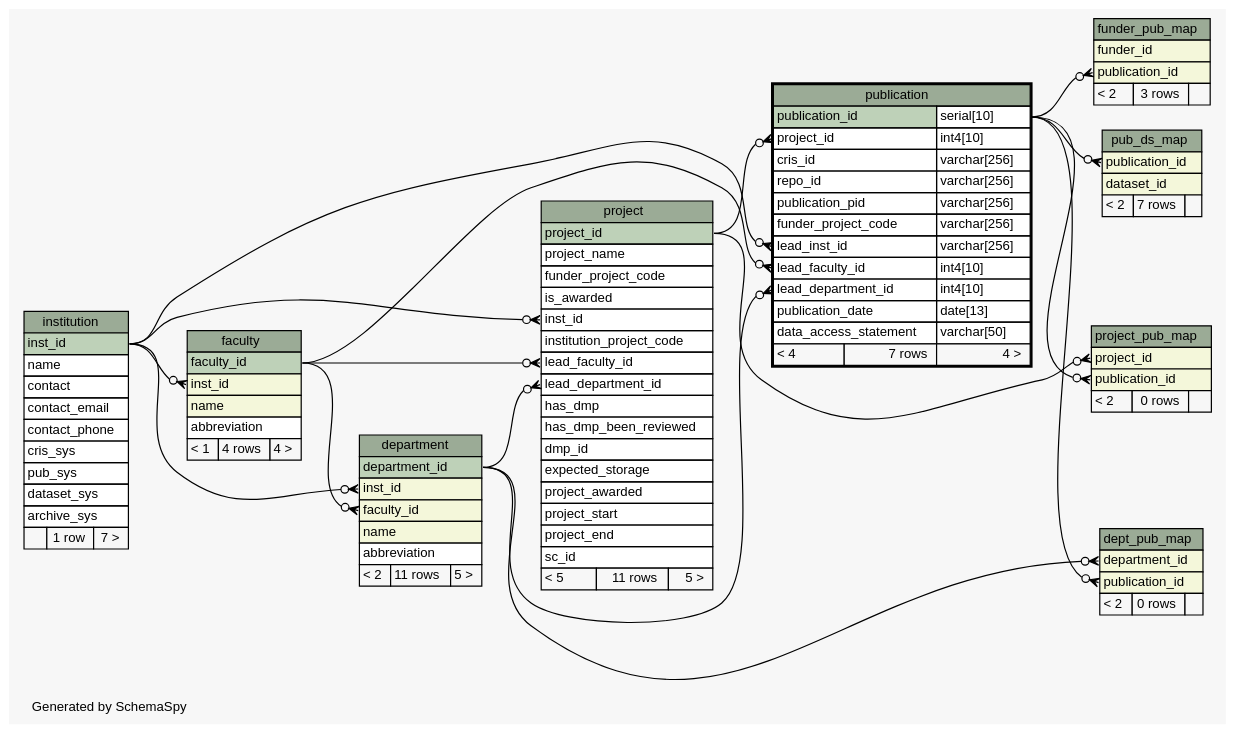
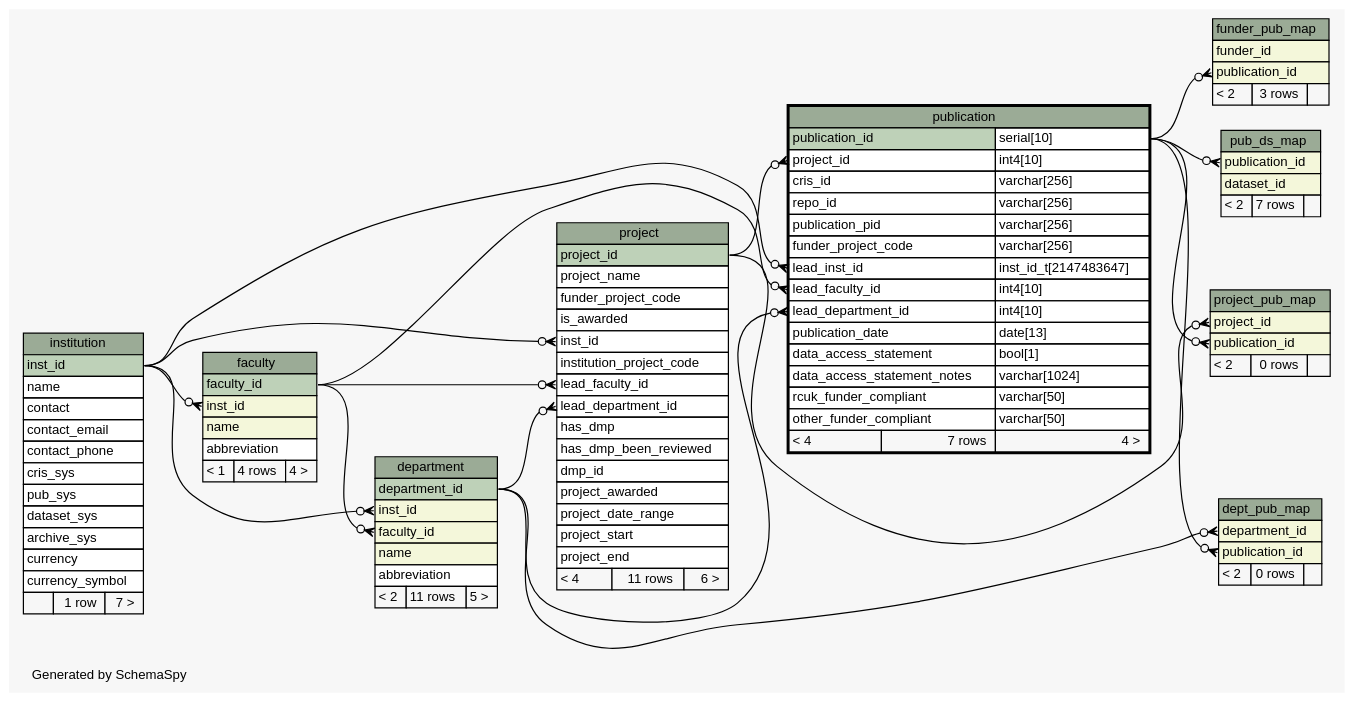
One commit to lulibrary/dmao_infrastructure changed the diagram in ss.out/diagrams/publication.1degree.dot. Above: the diagram before and after it, drawn with Graphviz. The commit also changed 121 other files, not shown here.

First line of the commit message:
dmao_infrastructure-3 Changes to support multiple storage platforms per project and costing changes over time. Now looking at the API interface to all this. Work in progress.

```diff
--- a/ss.out/diagrams/publication.1degree.dot
+++ b/ss.out/diagrams/publication.1degree.dot
@@ -1,172 +1,176 @@
-// dot 2.36.0 on Linux 3.13.0-55-generic
+// dot 2.36.0 on Linux 3.13.0-62-generic
 // SchemaSpy rev 590
 digraph "oneDegreeRelationshipsDiagram" {
   graph [
     rankdir="RL"
     bgcolor="#f7f7f7"
     label="\nGenerated by SchemaSpy"
     labeljust="l"
     nodesep="0.18"
     ranksep="0.46"
     fontname="Helvetica"
     fontsize="11"
   ];
   node [
     fontname="Helvetica"
     fontsize="11"
     shape="plaintext"
   ];
   edge [
     arrowsize="0.8"
   ];
   "department":"faculty_id":w -> "faculty":"faculty_id":e [arrowhead=none dir=back arrowtail=crowodot];
   "department":"inst_id":w -> "institution":"inst_id":e [arrowhead=none dir=back arrowtail=crowodot];
   "dept_pub_map":"department_id":w -> "department":"department_id":e [arrowhead=none dir=back arrowtail=crowodot];
   "dept_pub_map":"publication_id":w -> "publication":"publication_id.type":e [arrowhead=none dir=back arrowtail=crowodot];
   "faculty":"inst_id":w -> "institution":"inst_id":e [arrowhead=none dir=back arrowtail=crowodot];
   "funder_pub_map":"publication_id":w -> "publication":"publication_id.type":e [arrowhead=none dir=back arrowtail=crowodot];
   "project":"inst_id":w -> "institution":"inst_id":e [arrowhead=none dir=back arrowtail=crowodot];
   "project":"lead_department_id":w -> "department":"department_id":e [arrowhead=none dir=back arrowtail=crowodot];
   "project":"lead_faculty_id":w -> "faculty":"faculty_id":e [arrowhead=none dir=back arrowtail=crowodot];
   "project_pub_map":"project_id":w -> "project":"project_id":e [arrowhead=none dir=back arrowtail=crowodot];
   "project_pub_map":"publication_id":w -> "publication":"publication_id.type":e [arrowhead=none dir=back arrowtail=crowodot];
   "pub_ds_map":"publication_id":w -> "publication":"publication_id.type":e [arrowhead=none dir=back arrowtail=crowodot];
   "publication":"lead_department_id":w -> "department":"department_id":e [arrowhead=none dir=back arrowtail=crowodot];
   "publication":"lead_faculty_id":w -> "faculty":"faculty_id":e [arrowhead=none dir=back arrowtail=crowodot];
   "publication":"lead_inst_id":w -> "institution":"inst_id":e [arrowhead=none dir=back arrowtail=crowodot];
   "publication":"project_id":w -> "project":"project_id":e [arrowhead=none dir=back arrowtail=crowodot];
   "department" [
     label=<
     <TABLE BORDER="0" CELLBORDER="1" CELLSPACING="0" BGCOLOR="#ffffff">
       <TR><TD COLSPAN="3" BGCOLOR="#9bab96" ALIGN="CENTER">department</TD></TR>
       <TR><TD PORT="department_id" COLSPAN="3" BGCOLOR="#bed1b8" ALIGN="LEFT">department_id</TD></TR>
       <TR><TD PORT="inst_id" COLSPAN="3" BGCOLOR="#f4f7da" ALIGN="LEFT">inst_id</TD></TR>
       <TR><TD PORT="faculty_id" COLSPAN="3" BGCOLOR="#f4f7da" ALIGN="LEFT">faculty_id</TD></TR>
       <TR><TD PORT="name" COLSPAN="3" BGCOLOR="#f4f7da" ALIGN="LEFT">name</TD></TR>
       <TR><TD PORT="abbreviation" COLSPAN="3" ALIGN="LEFT">abbreviation</TD></TR>
       <TR><TD ALIGN="LEFT" BGCOLOR="#f7f7f7">&lt; 2</TD><TD ALIGN="RIGHT" BGCOLOR="#f7f7f7">11 rows</TD><TD ALIGN="RIGHT" BGCOLOR="#f7f7f7">5 &gt;</TD></TR>
     </TABLE>>
     URL="department.html"
     tooltip="department"
   ];
   "dept_pub_map" [
     label=<
     <TABLE BORDER="0" CELLBORDER="1" CELLSPACING="0" BGCOLOR="#ffffff">
       <TR><TD COLSPAN="3" BGCOLOR="#9bab96" ALIGN="CENTER">dept_pub_map</TD></TR>
       <TR><TD PORT="department_id" COLSPAN="3" BGCOLOR="#f4f7da" ALIGN="LEFT">department_id</TD></TR>
       <TR><TD PORT="publication_id" COLSPAN="3" BGCOLOR="#f4f7da" ALIGN="LEFT">publication_id</TD></TR>
       <TR><TD ALIGN="LEFT" BGCOLOR="#f7f7f7">&lt; 2</TD><TD ALIGN="RIGHT" BGCOLOR="#f7f7f7">0 rows</TD><TD ALIGN="RIGHT" BGCOLOR="#f7f7f7">  </TD></TR>
     </TABLE>>
     URL="dept_pub_map.html"
     tooltip="dept_pub_map"
   ];
   "faculty" [
     label=<
     <TABLE BORDER="0" CELLBORDER="1" CELLSPACING="0" BGCOLOR="#ffffff">
       <TR><TD COLSPAN="3" BGCOLOR="#9bab96" ALIGN="CENTER">faculty</TD></TR>
       <TR><TD PORT="faculty_id" COLSPAN="3" BGCOLOR="#bed1b8" ALIGN="LEFT">faculty_id</TD></TR>
       <TR><TD PORT="inst_id" COLSPAN="3" BGCOLOR="#f4f7da" ALIGN="LEFT">inst_id</TD></TR>
       <TR><TD PORT="name" COLSPAN="3" BGCOLOR="#f4f7da" ALIGN="LEFT">name</TD></TR>
       <TR><TD PORT="abbreviation" COLSPAN="3" ALIGN="LEFT">abbreviation</TD></TR>
       <TR><TD ALIGN="LEFT" BGCOLOR="#f7f7f7">&lt; 1</TD><TD ALIGN="RIGHT" BGCOLOR="#f7f7f7">4 rows</TD><TD ALIGN="RIGHT" BGCOLOR="#f7f7f7">4 &gt;</TD></TR>
     </TABLE>>
     URL="faculty.html"
     tooltip="faculty"
   ];
   "funder_pub_map" [
     label=<
     <TABLE BORDER="0" CELLBORDER="1" CELLSPACING="0" BGCOLOR="#ffffff">
       <TR><TD COLSPAN="3" BGCOLOR="#9bab96" ALIGN="CENTER">funder_pub_map</TD></TR>
       <TR><TD PORT="funder_id" COLSPAN="3" BGCOLOR="#f4f7da" ALIGN="LEFT">funder_id</TD></TR>
       <TR><TD PORT="publication_id" COLSPAN="3" BGCOLOR="#f4f7da" ALIGN="LEFT">publication_id</TD></TR>
       <TR><TD ALIGN="LEFT" BGCOLOR="#f7f7f7">&lt; 2</TD><TD ALIGN="RIGHT" BGCOLOR="#f7f7f7">3 rows</TD><TD ALIGN="RIGHT" BGCOLOR="#f7f7f7">  </TD></TR>
     </TABLE>>
     URL="funder_pub_map.html"
     tooltip="funder_pub_map"
   ];
   "institution" [
     label=<
     <TABLE BORDER="0" CELLBORDER="1" CELLSPACING="0" BGCOLOR="#ffffff">
       <TR><TD COLSPAN="3" BGCOLOR="#9bab96" ALIGN="CENTER">institution</TD></TR>
       <TR><TD PORT="inst_id" COLSPAN="3" BGCOLOR="#bed1b8" ALIGN="LEFT">inst_id</TD></TR>
       <TR><TD PORT="name" COLSPAN="3" ALIGN="LEFT">name</TD></TR>
       <TR><TD PORT="contact" COLSPAN="3" ALIGN="LEFT">contact</TD></TR>
       <TR><TD PORT="contact_email" COLSPAN="3" ALIGN="LEFT">contact_email</TD></TR>
       <TR><TD PORT="contact_phone" COLSPAN="3" ALIGN="LEFT">contact_phone</TD></TR>
       <TR><TD PORT="cris_sys" COLSPAN="3" ALIGN="LEFT">cris_sys</TD></TR>
       <TR><TD PORT="pub_sys" COLSPAN="3" ALIGN="LEFT">pub_sys</TD></TR>
       <TR><TD PORT="dataset_sys" COLSPAN="3" ALIGN="LEFT">dataset_sys</TD></TR>
       <TR><TD PORT="archive_sys" COLSPAN="3" ALIGN="LEFT">archive_sys</TD></TR>
+      <TR><TD PORT="currency" COLSPAN="3" ALIGN="LEFT">currency</TD></TR>
+      <TR><TD PORT="currency_symbol" COLSPAN="3" ALIGN="LEFT">currency_symbol</TD></TR>
       <TR><TD ALIGN="LEFT" BGCOLOR="#f7f7f7">  </TD><TD ALIGN="RIGHT" BGCOLOR="#f7f7f7">1 row</TD><TD ALIGN="RIGHT" BGCOLOR="#f7f7f7">7 &gt;</TD></TR>
     </TABLE>>
     URL="institution.html"
     tooltip="institution"
   ];
   "project" [
     label=<
     <TABLE BORDER="0" CELLBORDER="1" CELLSPACING="0" BGCOLOR="#ffffff">
       <TR><TD COLSPAN="3" BGCOLOR="#9bab96" ALIGN="CENTER">project</TD></TR>
       <TR><TD PORT="project_id" COLSPAN="3" BGCOLOR="#bed1b8" ALIGN="LEFT">project_id</TD></TR>
       <TR><TD PORT="project_name" COLSPAN="3" ALIGN="LEFT">project_name</TD></TR>
       <TR><TD PORT="funder_project_code" COLSPAN="3" ALIGN="LEFT">funder_project_code</TD></TR>
       <TR><TD PORT="is_awarded" COLSPAN="3" ALIGN="LEFT">is_awarded</TD></TR>
       <TR><TD PORT="inst_id" COLSPAN="3" ALIGN="LEFT">inst_id</TD></TR>
       <TR><TD PORT="institution_project_code" COLSPAN="3" ALIGN="LEFT">institution_project_code</TD></TR>
       <TR><TD PORT="lead_faculty_id" COLSPAN="3" ALIGN="LEFT">lead_faculty_id</TD></TR>
       <TR><TD PORT="lead_department_id" COLSPAN="3" ALIGN="LEFT">lead_department_id</TD></TR>
       <TR><TD PORT="has_dmp" COLSPAN="3" ALIGN="LEFT">has_dmp</TD></TR>
       <TR><TD PORT="has_dmp_been_reviewed" COLSPAN="3" ALIGN="LEFT">has_dmp_been_reviewed</TD></TR>
       <TR><TD PORT="dmp_id" COLSPAN="3" ALIGN="LEFT">dmp_id</TD></TR>
-      <TR><TD PORT="expected_storage" COLSPAN="3" ALIGN="LEFT">expected_storage</TD></TR>
       <TR><TD PORT="project_awarded" COLSPAN="3" ALIGN="LEFT">project_awarded</TD></TR>
+      <TR><TD PORT="project_date_range" COLSPAN="3" ALIGN="LEFT">project_date_range</TD></TR>
       <TR><TD PORT="project_start" COLSPAN="3" ALIGN="LEFT">project_start</TD></TR>
       <TR><TD PORT="project_end" COLSPAN="3" ALIGN="LEFT">project_end</TD></TR>
-      <TR><TD PORT="sc_id" COLSPAN="3" ALIGN="LEFT">sc_id</TD></TR>
-      <TR><TD ALIGN="LEFT" BGCOLOR="#f7f7f7">&lt; 5</TD><TD ALIGN="RIGHT" BGCOLOR="#f7f7f7">11 rows</TD><TD ALIGN="RIGHT" BGCOLOR="#f7f7f7">5 &gt;</TD></TR>
+      <TR><TD ALIGN="LEFT" BGCOLOR="#f7f7f7">&lt; 4</TD><TD ALIGN="RIGHT" BGCOLOR="#f7f7f7">11 rows</TD><TD ALIGN="RIGHT" BGCOLOR="#f7f7f7">6 &gt;</TD></TR>
     </TABLE>>
     URL="project.html"
     tooltip="project"
   ];
   "project_pub_map" [
     label=<
     <TABLE BORDER="0" CELLBORDER="1" CELLSPACING="0" BGCOLOR="#ffffff">
       <TR><TD COLSPAN="3" BGCOLOR="#9bab96" ALIGN="CENTER">project_pub_map</TD></TR>
       <TR><TD PORT="project_id" COLSPAN="3" BGCOLOR="#f4f7da" ALIGN="LEFT">project_id</TD></TR>
       <TR><TD PORT="publication_id" COLSPAN="3" BGCOLOR="#f4f7da" ALIGN="LEFT">publication_id</TD></TR>
       <TR><TD ALIGN="LEFT" BGCOLOR="#f7f7f7">&lt; 2</TD><TD ALIGN="RIGHT" BGCOLOR="#f7f7f7">0 rows</TD><TD ALIGN="RIGHT" BGCOLOR="#f7f7f7">  </TD></TR>
     </TABLE>>
     URL="project_pub_map.html"
     tooltip="project_pub_map"
   ];
   "pub_ds_map" [
     label=<
     <TABLE BORDER="0" CELLBORDER="1" CELLSPACING="0" BGCOLOR="#ffffff">
       <TR><TD COLSPAN="3" BGCOLOR="#9bab96" ALIGN="CENTER">pub_ds_map</TD></TR>
       <TR><TD PORT="publication_id" COLSPAN="3" BGCOLOR="#f4f7da" ALIGN="LEFT">publication_id</TD></TR>
       <TR><TD PORT="dataset_id" COLSPAN="3" BGCOLOR="#f4f7da" ALIGN="LEFT">dataset_id</TD></TR>
       <TR><TD ALIGN="LEFT" BGCOLOR="#f7f7f7">&lt; 2</TD><TD ALIGN="RIGHT" BGCOLOR="#f7f7f7">7 rows</TD><TD ALIGN="RIGHT" BGCOLOR="#f7f7f7">  </TD></TR>
     </TABLE>>
     URL="pub_ds_map.html"
     tooltip="pub_ds_map"
   ];
   "publication" [
     label=<
     <TABLE BORDER="2" CELLBORDER="1" CELLSPACING="0" BGCOLOR="#ffffff">
       <TR><TD COLSPAN="3" BGCOLOR="#9bab96" ALIGN="CENTER">publication</TD></TR>
       <TR><TD PORT="publication_id" COLSPAN="2" BGCOLOR="#bed1b8" ALIGN="LEFT">publication_id</TD><TD PORT="publication_id.type" ALIGN="LEFT">serial[10]</TD></TR>
       <TR><TD PORT="project_id" COLSPAN="2" ALIGN="LEFT">project_id</TD><TD PORT="project_id.type" ALIGN="LEFT">int4[10]</TD></TR>
       <TR><TD PORT="cris_id" COLSPAN="2" ALIGN="LEFT">cris_id</TD><TD PORT="cris_id.type" ALIGN="LEFT">varchar[256]</TD></TR>
       <TR><TD PORT="repo_id" COLSPAN="2" ALIGN="LEFT">repo_id</TD><TD PORT="repo_id.type" ALIGN="LEFT">varchar[256]</TD></TR>
       <TR><TD PORT="publication_pid" COLSPAN="2" ALIGN="LEFT">publication_pid</TD><TD PORT="publication_pid.type" ALIGN="LEFT">varchar[256]</TD></TR>
       <TR><TD PORT="funder_project_code" COLSPAN="2" ALIGN="LEFT">funder_project_code</TD><TD PORT="funder_project_code.type" ALIGN="LEFT">varchar[256]</TD></TR>
-      <TR><TD PORT="lead_inst_id" COLSPAN="2" ALIGN="LEFT">lead_inst_id</TD><TD PORT="lead_inst_id.type" ALIGN="LEFT">varchar[256]</TD></TR>
+      <TR><TD PORT="lead_inst_id" COLSPAN="2" ALIGN="LEFT">lead_inst_id</TD><TD PORT="lead_inst_id.type" ALIGN="LEFT">inst_id_t[2147483647]</TD></TR>
       <TR><TD PORT="lead_faculty_id" COLSPAN="2" ALIGN="LEFT">lead_faculty_id</TD><TD PORT="lead_faculty_id.type" ALIGN="LEFT">int4[10]</TD></TR>
       <TR><TD PORT="lead_department_id" COLSPAN="2" ALIGN="LEFT">lead_department_id</TD><TD PORT="lead_department_id.type" ALIGN="LEFT">int4[10]</TD></TR>
       <TR><TD PORT="publication_date" COLSPAN="2" ALIGN="LEFT">publication_date</TD><TD PORT="publication_date.type" ALIGN="LEFT">date[13]</TD></TR>
-      <TR><TD PORT="data_access_statement" COLSPAN="2" ALIGN="LEFT">data_access_statement</TD><TD PORT="data_access_statement.type" ALIGN="LEFT">varchar[50]</TD></TR>
+      <TR><TD PORT="data_access_statement" COLSPAN="2" ALIGN="LEFT">data_access_statement</TD><TD PORT="data_access_statement.type" ALIGN="LEFT">bool[1]</TD></TR>
+      <TR><TD PORT="data_access_statement_notes" COLSPAN="2" ALIGN="LEFT">data_access_statement_notes</TD><TD PORT="data_access_statement_notes.type" ALIGN="LEFT">varchar[1024]</TD></TR>
+      <TR><TD PORT="rcuk_funder_compliant" COLSPAN="2" ALIGN="LEFT">rcuk_funder_compliant</TD><TD PORT="rcuk_funder_compliant.type" ALIGN="LEFT">varchar[50]</TD></TR>
+      <TR><TD PORT="other_funder_compliant" COLSPAN="2" ALIGN="LEFT">other_funder_compliant</TD><TD PORT="other_funder_compliant.type" ALIGN="LEFT">varchar[50]</TD></TR>
       <TR><TD ALIGN="LEFT" BGCOLOR="#f7f7f7">&lt; 4</TD><TD ALIGN="RIGHT" BGCOLOR="#f7f7f7">7 rows</TD><TD ALIGN="RIGHT" BGCOLOR="#f7f7f7">4 &gt;</TD></TR>
     </TABLE>>
     URL="publication.html"
     tooltip="publication"
   ];
 }
```
